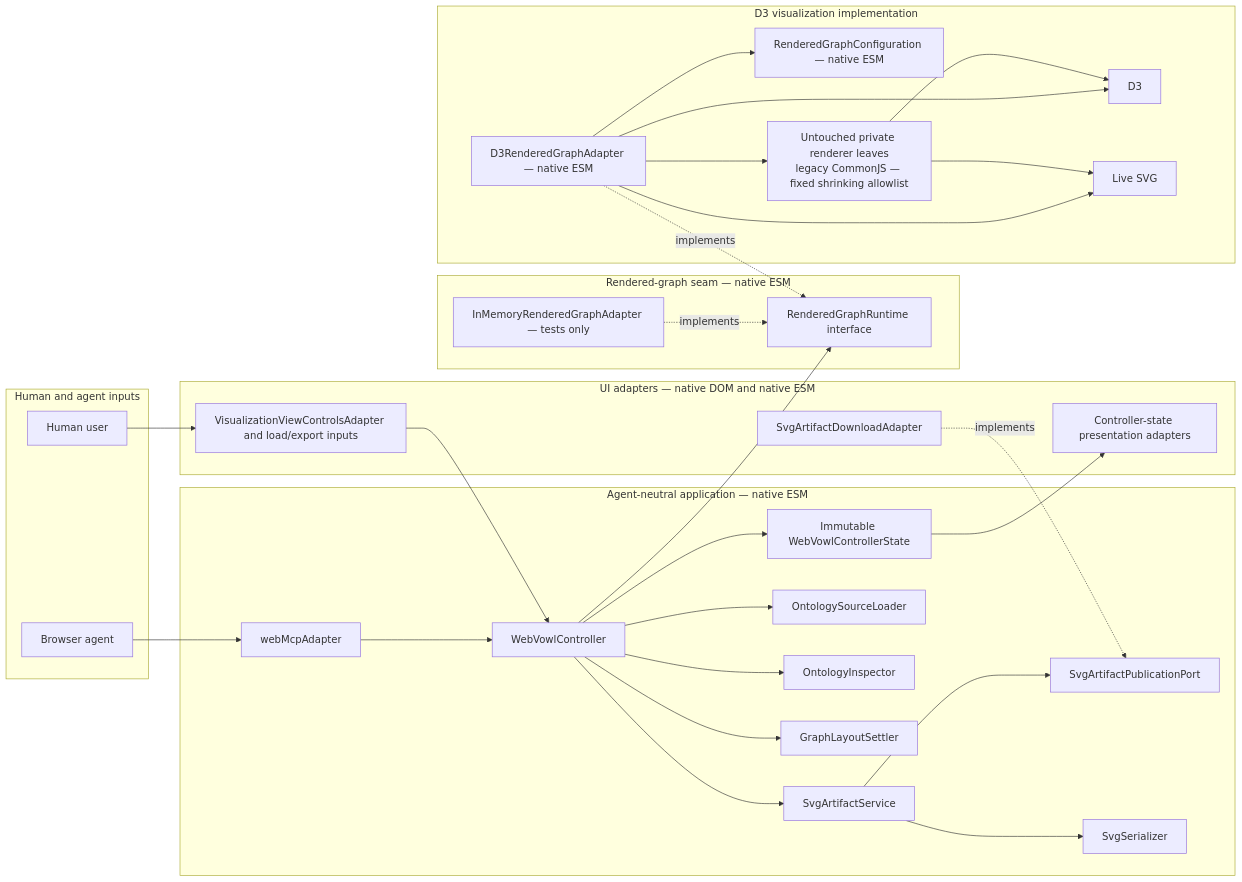
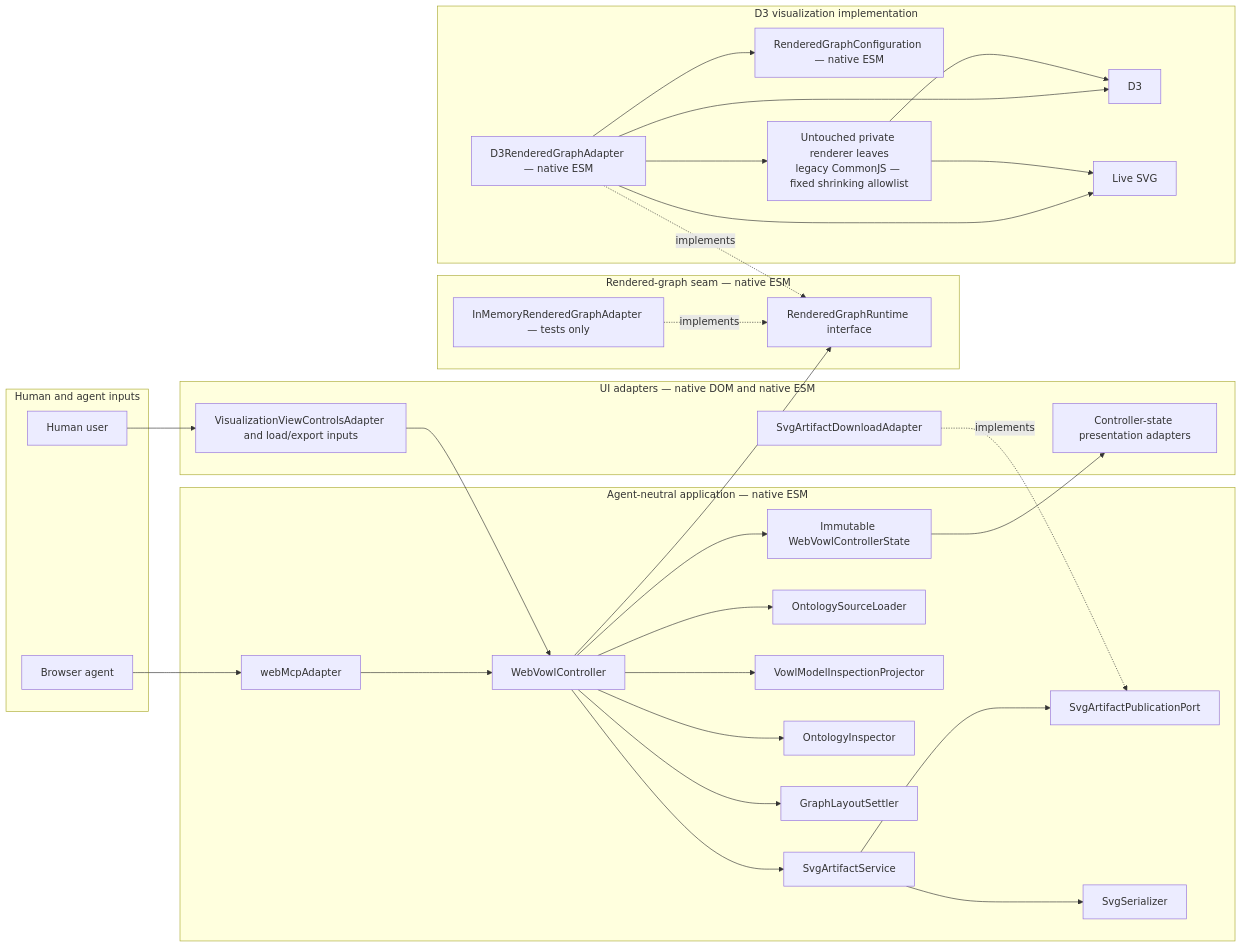
The diagram in docs/plans/2026-08-29-webmcp-integration.md (Hadden-Industries/webvowl), drawn with Mermaid before and after one commit. The commit also changed other lines of this file and 4 other files, not shown here.

````diff
--- a/docs/plans/2026-08-29-webmcp-integration.md
+++ b/docs/plans/2026-08-29-webmcp-integration.md
@@ -50,61 +50,63 @@
 ```mermaid
 flowchart LR
     subgraph Inputs[Human and agent inputs]
         Human[Human user]
         BrowserAgent[Browser agent]
     end
 
     subgraph Ui[UI adapters — native DOM and native ESM]
         UiInput[VisualizationViewControlsAdapter and load/export inputs]
         UiPresentation[Controller-state presentation adapters]
         SvgDownload[SvgArtifactDownloadAdapter]
     end
 
     subgraph App[Agent-neutral application — native ESM]
         WebMcp[webMcpAdapter]
         Controller[WebVowlController]
         State[Immutable WebVowlControllerState]
         Loader[OntologySourceLoader]
+        Projector[VowlModelInspectionProjector]
         Inspector[OntologyInspector]
         Settler[GraphLayoutSettler]
         Artifact[SvgArtifactService]
         ArtifactPublication[SvgArtifactPublicationPort]
         Serializer[SvgSerializer]
     end
 
     subgraph Seam[Rendered-graph seam — native ESM]
         Runtime[RenderedGraphRuntime interface]
         InMemory[InMemoryRenderedGraphAdapter — tests only]
     end
 
     subgraph D3Implementation[D3 visualization implementation]
         D3Adapter[D3RenderedGraphAdapter — native ESM]
         Configuration[RenderedGraphConfiguration — native ESM]
         LegacyCjs[Untouched private renderer leaves<br/>legacy CommonJS — fixed shrinking allowlist]
         D3[D3]
         LiveSvg[Live SVG]
     end
 
     Human --> UiInput
     BrowserAgent --> WebMcp
     UiInput --> Controller
     WebMcp --> Controller
     Controller --> Loader
+    Controller --> Projector
     Controller --> Inspector
     Controller --> Settler
     Controller --> Artifact
     Artifact --> Serializer
     Artifact --> ArtifactPublication
     Controller --> Runtime
     Controller --> State
     State --> UiPresentation
     D3Adapter -.->|implements| Runtime
     InMemory -.->|implements| Runtime
     SvgDownload -.->|implements| ArtifactPublication
     D3Adapter --> Configuration
     D3Adapter --> LegacyCjs
     D3Adapter --> D3
     D3Adapter --> LiveSvg
     LegacyCjs --> D3
     LegacyCjs --> LiveSvg
 ```
````
